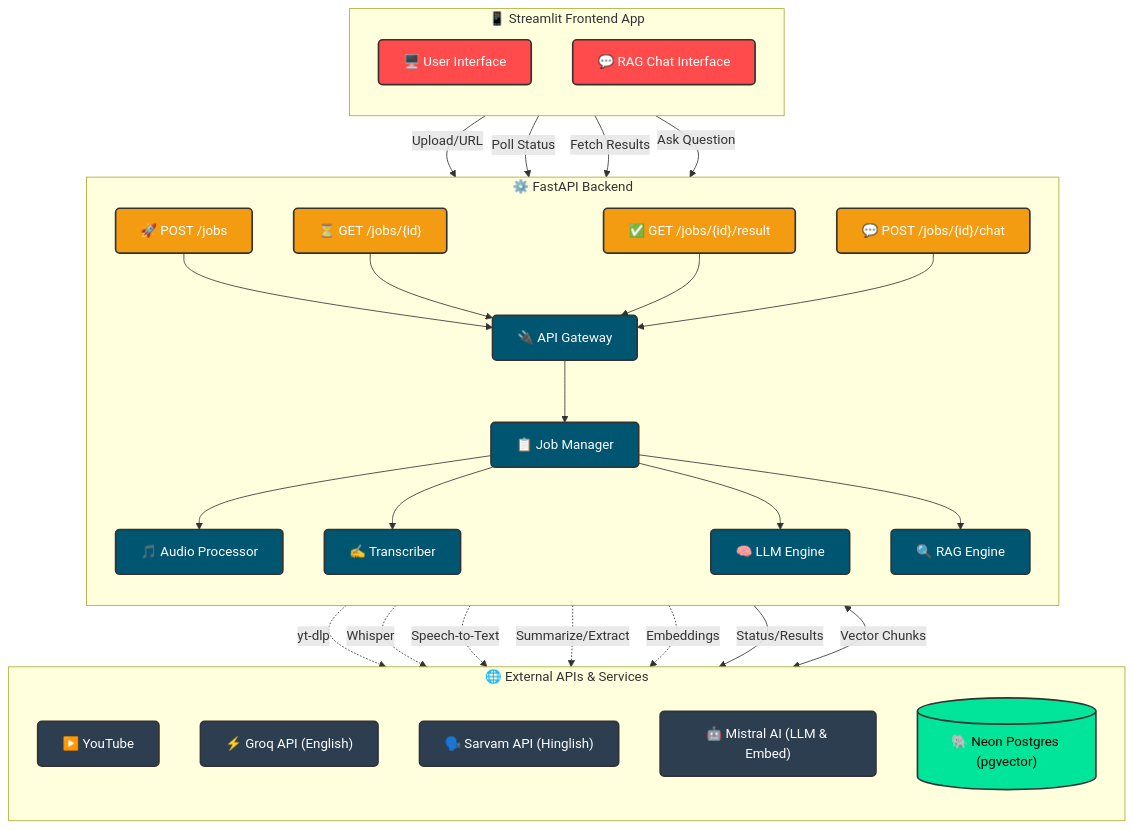
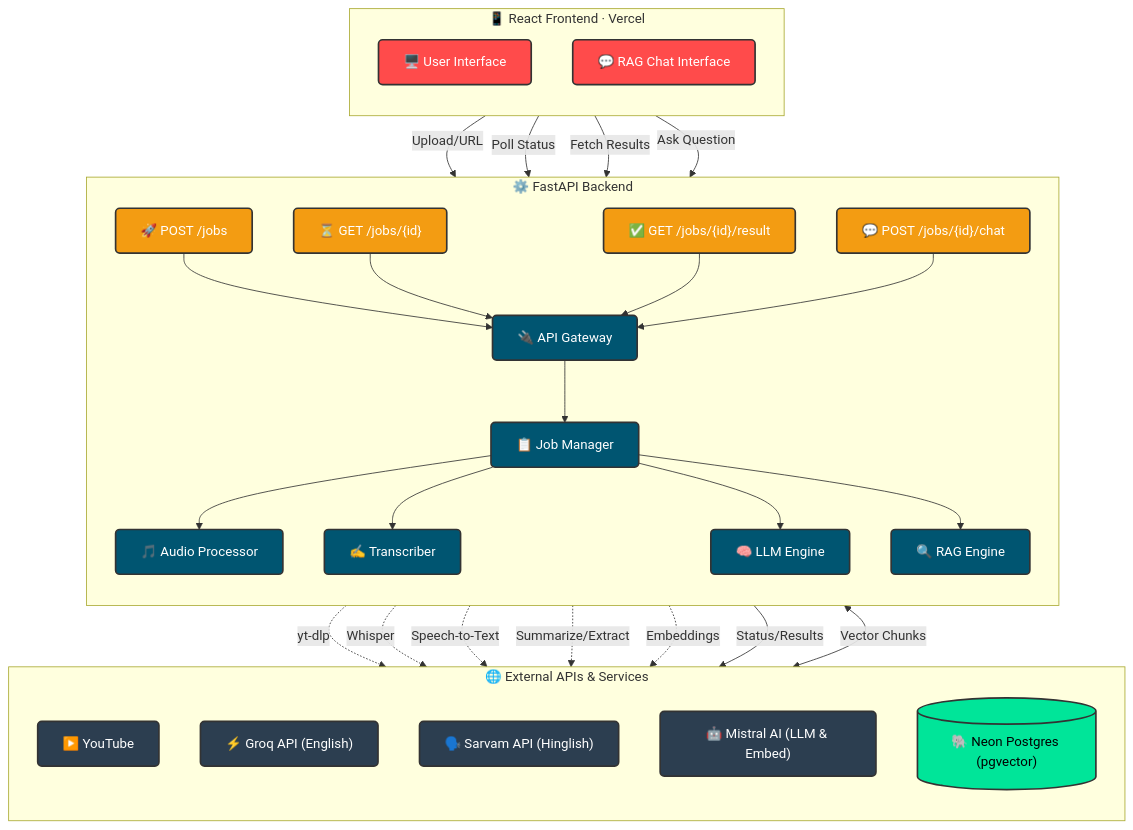
Before and after one commit to sumitjadhav1703/AI-Video-Assistant: the diagram in README.md, drawn with Mermaid. The commit also changed other lines of this file and 23 other files, not shown here.

First line of the commit message:
feat: replace Streamlit frontend with React/Vite "Minutes" app for Vercel

````diff
--- a/README.md
+++ b/README.md
@@ -21,65 +22,65 @@
 ```mermaid
 flowchart TD
     %% Styling
     classDef frontend fill:#FF4B4B,stroke:#333,stroke-width:2px,color:#fff,rx:5px,ry:5px
     classDef backend fill:#005571,stroke:#333,stroke-width:2px,color:#fff,rx:5px,ry:5px
     classDef external fill:#2c3e50,stroke:#333,stroke-width:2px,color:#fff,rx:5px,ry:5px
     classDef database fill:#00E599,stroke:#333,stroke-width:2px,color:#000,rx:5px,ry:5px
     classDef apiEndpoint fill:#f39c12,stroke:#333,stroke-width:2px,color:#fff,rx:5px,ry:5px
 
     %% Nodes
-    subgraph Frontend_App ["📱 Streamlit Frontend App"]
+    subgraph Frontend_App ["📱 React Frontend · Vercel"]
         direction TB
         UI["🖥️ User Interface"]:::frontend
         Chat["💬 RAG Chat Interface"]:::frontend
     end
 
     subgraph Backend_App ["⚙️ FastAPI Backend"]
         direction TB
         API_Start["🚀 POST /jobs"]:::apiEndpoint
         API_Status["⏳ GET /jobs/{id}"]:::apiEndpoint
         API_Result["✅ GET /jobs/{id}/result"]:::apiEndpoint
         API_Chat["💬 POST /jobs/{id}/chat"]:::apiEndpoint
 
         Gateway["🔌 API Gateway"]:::backend
         JobManager["📋 Job Manager"]:::backend
         AudioProc["🎵 Audio Processor"]:::backend
         Transcriber["✍️ Transcriber"]:::backend
         LLMEngine["🧠 LLM Engine"]:::backend
         RAGEngine["🔍 RAG Engine"]:::backend
     end
 
     subgraph External_Services ["🌐 External APIs & Services"]
         direction TB
         YT["▶️ YouTube"]:::external
         Groq["⚡ Groq API (English)"]:::external
         Sarvam["🗣️ Sarvam API (Hinglish)"]:::external
         Mistral["🤖 Mistral AI (LLM & Embed)"]:::external
         Neon[("🐘 Neon Postgres (pgvector)")]:::database
     end
 
     %% Connections
     UI -->|"Upload/URL"| API_Start
     UI -->|"Poll Status"| API_Status
     UI -->|"Fetch Results"| API_Result
     Chat -->|"Ask Question"| API_Chat
 
     API_Start --> Gateway
     API_Status --> Gateway
     API_Result --> Gateway
     API_Chat --> Gateway
 
     Gateway --> JobManager
     JobManager --> AudioProc
     JobManager --> Transcriber
     JobManager --> LLMEngine
     JobManager --> RAGEngine
 
     AudioProc -.->|"yt-dlp"| YT
     Transcriber -.->|"Whisper"| Groq
     Transcriber -.->|"Speech-to-Text"| Sarvam
     LLMEngine -.->|"Summarize/Extract"| Mistral
     RAGEngine -.->|"Embeddings"| Mistral
     JobManager -->|"Status/Results"| Neon
     RAGEngine <-->|"Vector Chunks"| Neon
 ```
````
